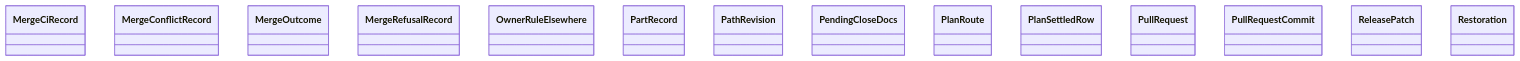
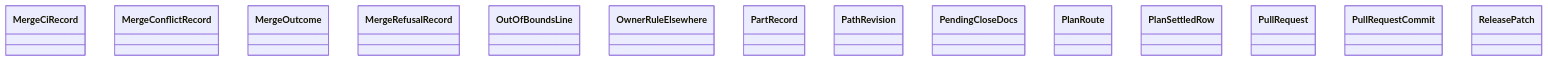
One commit to GonzaloZevallos/agentic-system changed the diagram in docs/architecture/generated/classes-process-domain-state-5.md. Above: the diagram before and after it, drawn with Mermaid. The commit also changed 9 other files, not shown here.

First line of the commit message:
Version the ADR decision slots and report the lines an out_of_bounds apply touched

````diff
--- a/docs/architecture/generated/classes-process-domain-state-5.md
+++ b/docs/architecture/generated/classes-process-domain-state-5.md
@@ -23,17 +23,17 @@
 ```mermaid
 classDiagram
     class task__MergeCiRecord["MergeCiRecord"]
     class task__MergeConflictRecord["MergeConflictRecord"]
     class task__MergeOutcome["MergeOutcome"]
     class task__MergeRefusalRecord["MergeRefusalRecord"]
+    class task__OutOfBoundsLine["OutOfBoundsLine"]
     class task__OwnerRuleElsewhere["OwnerRuleElsewhere"]
     class task__PartRecord["PartRecord"]
     class task__PathRevision["PathRevision"]
     class task__PendingCloseDocs["PendingCloseDocs"]
     class task__PlanRoute["PlanRoute"]
     class task__PlanSettledRow["PlanSettledRow"]
     class task__PullRequest["PullRequest"]
     class task__PullRequestCommit["PullRequestCommit"]
     class task__ReleasePatch["ReleasePatch"]
-    class task__Restoration["Restoration"]
 ```
````
